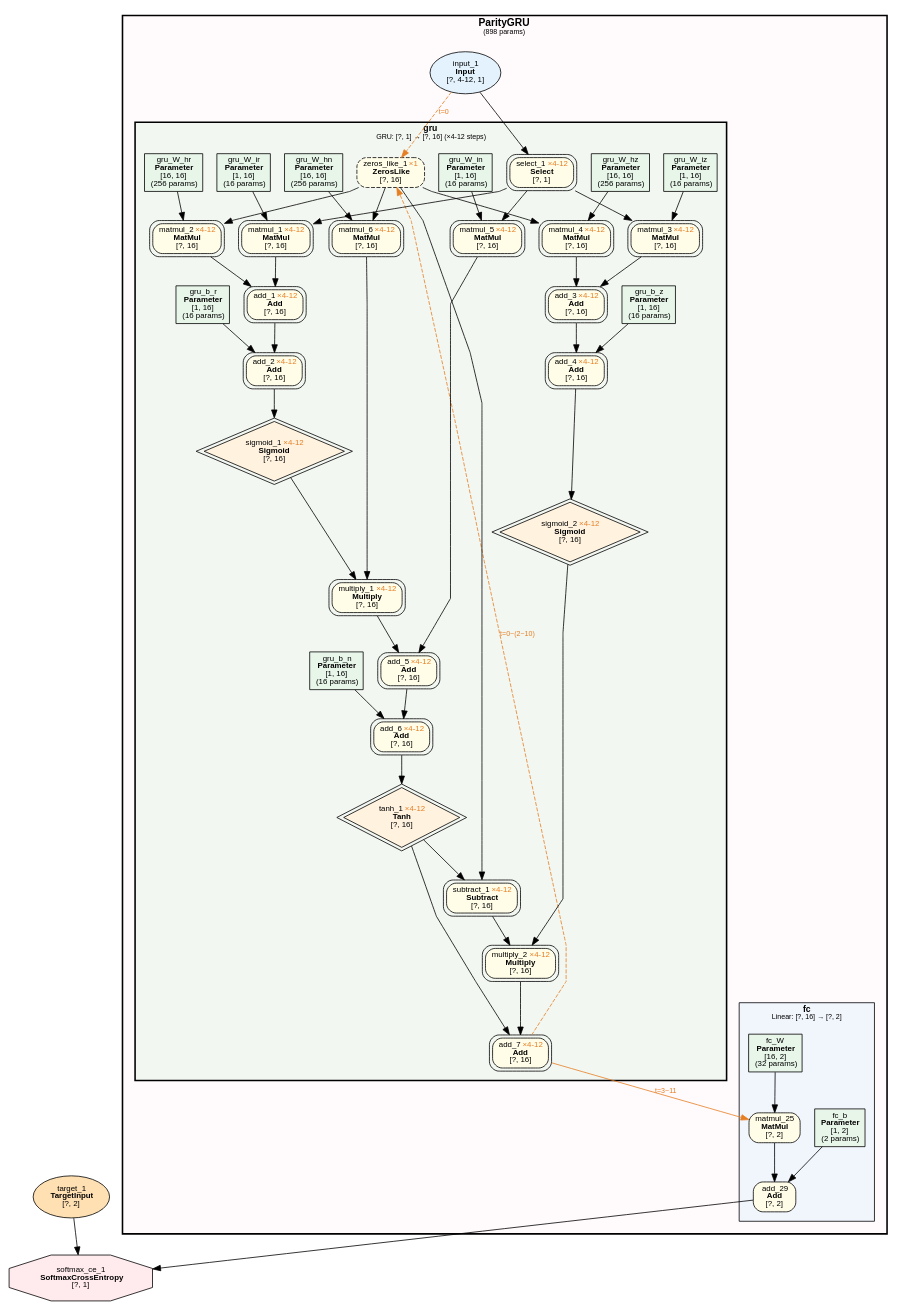
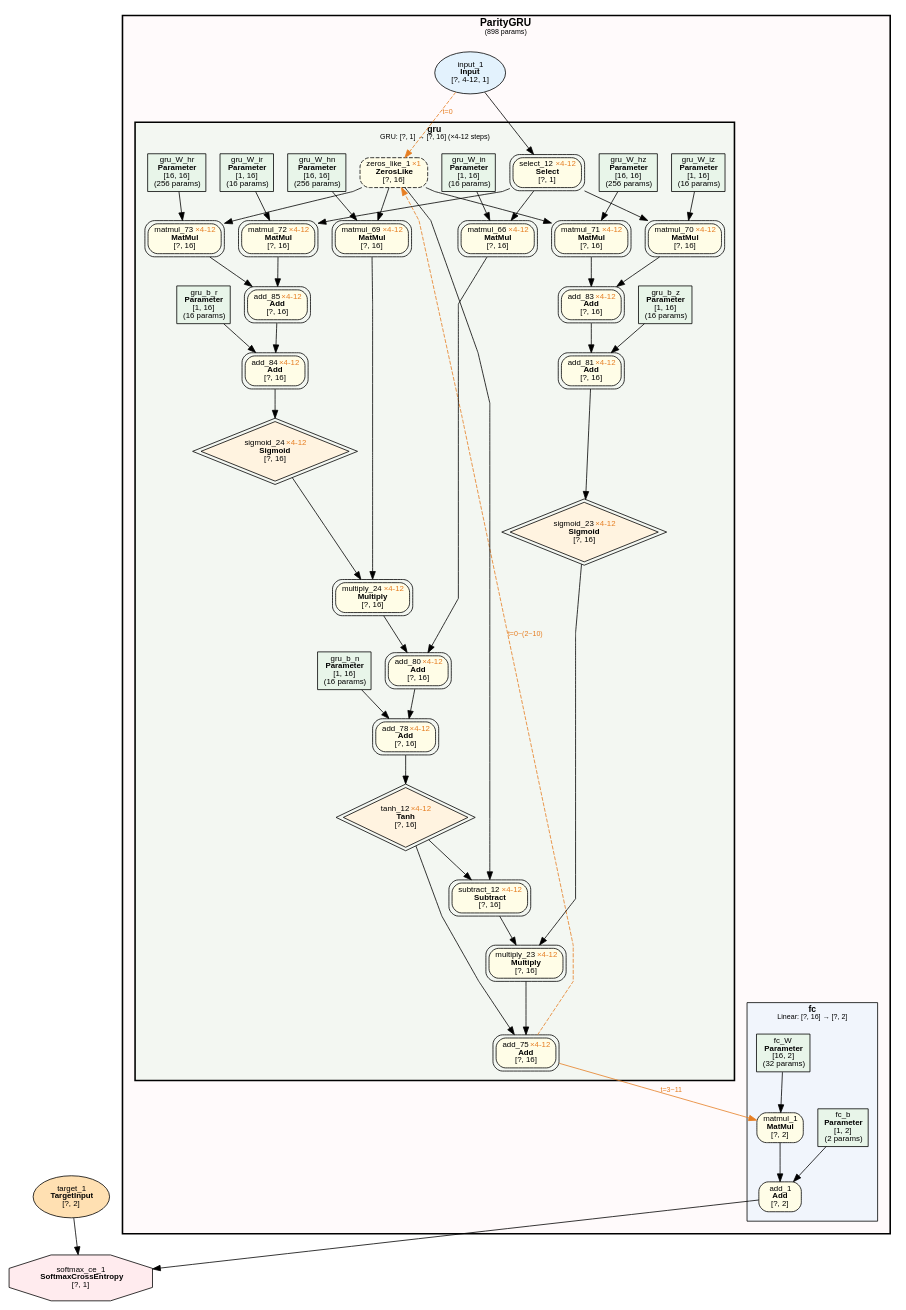
Before and after one commit to dbsxdbsx/only_torch: the diagram in examples/parity_gru_var_len/parity_gru_var_len.dot, drawn with Graphviz. The commit also changed 15 other files, not shown here.

```diff
--- a/examples/parity_gru_var_len/parity_gru_var_len.dot
+++ b/examples/parity_gru_var_len/parity_gru_var_len.dot
@@ -20,10 +20,10 @@
             fontname="Microsoft YaHei,SimHei,Arial";
             fontsize=11;
             margin=12;
-                "101543" [label=<add_29<BR/><B>Add</B><BR/>[?, 2]> shape=box style="filled,rounded" fillcolor="#FFFDE7" fontsize=10];
-                "101542" [label=<matmul_25<BR/><B>MatMul</B><BR/>[?, 2]> shape=box style="filled,rounded" fillcolor="#FFFDE7" fontsize=10];
-                "11" [label=<fc_b<BR/><B>Parameter</B><BR/>[1, 2]<BR/>(2 params)> shape=box style=filled fillcolor="#E8F5E9" fontsize=10];
-                "10" [label=<fc_W<BR/><B>Parameter</B><BR/>[16, 2]<BR/>(32 params)> shape=box style=filled fillcolor="#E8F5E9" fontsize=10];
+                "2" [label=<add_1<BR/><B>Add</B><BR/>[?, 2]> shape=box style="filled,rounded" fillcolor="#FFFDE7" fontsize=10];
+                "4" [label=<matmul_1<BR/><B>MatMul</B><BR/>[?, 2]> shape=box style="filled,rounded" fillcolor="#FFFDE7" fontsize=10];
+                "5" [label=<fc_b<BR/><B>Parameter</B><BR/>[1, 2]<BR/>(2 params)> shape=box style=filled fillcolor="#E8F5E9" fontsize=10];
+                "7" [label=<fc_W<BR/><B>Parameter</B><BR/>[16, 2]<BR/>(32 params)> shape=box style=filled fillcolor="#E8F5E9" fontsize=10];
         }
 
         subgraph cluster_ParityGRU_gru {
@@ -35,86 +35,86 @@
             fontname="Microsoft YaHei,SimHei,Arial";
             fontsize=11;
             margin=12;
-            "9" [label=<gru_b_n<BR/><B>Parameter</B><BR/>[1, 16]<BR/>(16 params)> shape=box style=filled fillcolor="#E8F5E9" fontsize=10];
-            "6" [label=<gru_b_z<BR/><B>Parameter</B><BR/>[1, 16]<BR/>(16 params)> shape=box style=filled fillcolor="#E8F5E9" fontsize=10];
-            "7" [label=<gru_W_in<BR/><B>Parameter</B><BR/>[1, 16]<BR/>(16 params)> shape=box style=filled fillcolor="#E8F5E9" fontsize=10];
-            "8" [label=<gru_W_hn<BR/><B>Parameter</B><BR/>[16, 16]<BR/>(256 params)> shape=box style=filled fillcolor="#E8F5E9" fontsize=10];
-            "4" [label=<gru_W_iz<BR/><B>Parameter</B><BR/>[1, 16]<BR/>(16 params)> shape=box style=filled fillcolor="#E8F5E9" fontsize=10];
-            "5" [label=<gru_W_hz<BR/><B>Parameter</B><BR/>[16, 16]<BR/>(256 params)> shape=box style=filled fillcolor="#E8F5E9" fontsize=10];
-            "3" [label=<gru_b_r<BR/><B>Parameter</B><BR/>[1, 16]<BR/>(16 params)> shape=box style=filled fillcolor="#E8F5E9" fontsize=10];
-            "1" [label=<gru_W_ir<BR/><B>Parameter</B><BR/>[1, 16]<BR/>(16 params)> shape=box style=filled fillcolor="#E8F5E9" fontsize=10];
-            "2" [label=<gru_W_hr<BR/><B>Parameter</B><BR/>[16, 16]<BR/>(256 params)> shape=box style=filled fillcolor="#E8F5E9" fontsize=10];
-            "101481" [label=<add_7 <FONT COLOR="#E67E22">×4-12</FONT><BR/><B>Add</B><BR/>[?, 16]> shape=box style="filled,rounded" fillcolor="#FFFDE7" fontsize=10 peripheries=2];
-            "101478" [label=<tanh_1 <FONT COLOR="#E67E22">×4-12</FONT><BR/><B>Tanh</B><BR/>[?, 16]> shape=diamond style=filled fillcolor="#FFF3E0" fontsize=10 peripheries=2];
-            "101480" [label=<multiply_2 <FONT COLOR="#E67E22">×4-12</FONT><BR/><B>Multiply</B><BR/>[?, 16]> shape=box style="filled,rounded" fillcolor="#FFFDE7" fontsize=10 peripheries=2];
-            "101477" [label=<add_6 <FONT COLOR="#E67E22">×4-12</FONT><BR/><B>Add</B><BR/>[?, 16]> shape=box style="filled,rounded" fillcolor="#FFFDE7" fontsize=10 peripheries=2];
-            "101472" [label=<sigmoid_2 <FONT COLOR="#E67E22">×4-12</FONT><BR/><B>Sigmoid</B><BR/>[?, 16]> shape=diamond style=filled fillcolor="#FFF3E0" fontsize=10 peripheries=2];
-            "101479" [label=<subtract_1 <FONT COLOR="#E67E22">×4-12</FONT><BR/><B>Subtract</B><BR/>[?, 16]> shape=box style="filled,rounded" fillcolor="#FFFDE7" fontsize=10 peripheries=2];
-            "101476" [label=<add_5 <FONT COLOR="#E67E22">×4-12</FONT><BR/><B>Add</B><BR/>[?, 16]> shape=box style="filled,rounded" fillcolor="#FFFDE7" fontsize=10 peripheries=2];
-            "101471" [label=<add_4 <FONT COLOR="#E67E22">×4-12</FONT><BR/><B>Add</B><BR/>[?, 16]> shape=box style="filled,rounded" fillcolor="#FFFDE7" fontsize=10 peripheries=2];
-            "101461" [label=<zeros_like_1 <FONT COLOR="#E67E22">×1</FONT><BR/><B>ZerosLike</B><BR/>[?, 16]> shape=box style="filled,rounded,dashed" fillcolor="#FFFDE7" fontsize=10];
-            "101473" [label=<matmul_5 <FONT COLOR="#E67E22">×4-12</FONT><BR/><B>MatMul</B><BR/>[?, 16]> shape=box style="filled,rounded" fillcolor="#FFFDE7" fontsize=10 peripheries=2];
-            "101475" [label=<multiply_1 <FONT COLOR="#E67E22">×4-12</FONT><BR/><B>Multiply</B><BR/>[?, 16]> shape=box style="filled,rounded" fillcolor="#FFFDE7" fontsize=10 peripheries=2];
-            "101470" [label=<add_3 <FONT COLOR="#E67E22">×4-12</FONT><BR/><B>Add</B><BR/>[?, 16]> shape=box style="filled,rounded" fillcolor="#FFFDE7" fontsize=10 peripheries=2];
-            "101462" [label=<select_1 <FONT COLOR="#E67E22">×4-12</FONT><BR/><B>Select</B><BR/>[?, 1]> shape=box style="filled,rounded" fillcolor="#FFFDE7" fontsize=10 peripheries=2];
-            "101467" [label=<sigmoid_1 <FONT COLOR="#E67E22">×4-12</FONT><BR/><B>Sigmoid</B><BR/>[?, 16]> shape=diamond style=filled fillcolor="#FFF3E0" fontsize=10 peripheries=2];
-            "101474" [label=<matmul_6 <FONT COLOR="#E67E22">×4-12</FONT><BR/><B>MatMul</B><BR/>[?, 16]> shape=box style="filled,rounded" fillcolor="#FFFDE7" fontsize=10 peripheries=2];
-            "101468" [label=<matmul_3 <FONT COLOR="#E67E22">×4-12</FONT><BR/><B>MatMul</B><BR/>[?, 16]> shape=box style="filled,rounded" fillcolor="#FFFDE7" fontsize=10 peripheries=2];
-            "101469" [label=<matmul_4 <FONT COLOR="#E67E22">×4-12</FONT><BR/><B>MatMul</B><BR/>[?, 16]> shape=box style="filled,rounded" fillcolor="#FFFDE7" fontsize=10 peripheries=2];
-            "101466" [label=<add_2 <FONT COLOR="#E67E22">×4-12</FONT><BR/><B>Add</B><BR/>[?, 16]> shape=box style="filled,rounded" fillcolor="#FFFDE7" fontsize=10 peripheries=2];
-            "101465" [label=<add_1 <FONT COLOR="#E67E22">×4-12</FONT><BR/><B>Add</B><BR/>[?, 16]> shape=box style="filled,rounded" fillcolor="#FFFDE7" fontsize=10 peripheries=2];
-            "101463" [label=<matmul_1 <FONT COLOR="#E67E22">×4-12</FONT><BR/><B>MatMul</B><BR/>[?, 16]> shape=box style="filled,rounded" fillcolor="#FFFDE7" fontsize=10 peripheries=2];
-            "101464" [label=<matmul_2 <FONT COLOR="#E67E22">×4-12</FONT><BR/><B>MatMul</B><BR/>[?, 16]> shape=box style="filled,rounded" fillcolor="#FFFDE7" fontsize=10 peripheries=2];
+            "14" [label=<gru_b_n<BR/><B>Parameter</B><BR/>[1, 16]<BR/>(16 params)> shape=box style=filled fillcolor="#E8F5E9" fontsize=10];
+            "20" [label=<gru_b_z<BR/><B>Parameter</B><BR/>[1, 16]<BR/>(16 params)> shape=box style=filled fillcolor="#E8F5E9" fontsize=10];
+            "24" [label=<gru_W_in<BR/><B>Parameter</B><BR/>[1, 16]<BR/>(16 params)> shape=box style=filled fillcolor="#E8F5E9" fontsize=10];
+            "34" [label=<gru_W_hn<BR/><B>Parameter</B><BR/>[16, 16]<BR/>(256 params)> shape=box style=filled fillcolor="#E8F5E9" fontsize=10];
+            "35" [label=<gru_W_iz<BR/><B>Parameter</B><BR/>[1, 16]<BR/>(16 params)> shape=box style=filled fillcolor="#E8F5E9" fontsize=10];
+            "36" [label=<gru_W_hz<BR/><B>Parameter</B><BR/>[16, 16]<BR/>(256 params)> shape=box style=filled fillcolor="#E8F5E9" fontsize=10];
+            "41" [label=<gru_b_r<BR/><B>Parameter</B><BR/>[1, 16]<BR/>(16 params)> shape=box style=filled fillcolor="#E8F5E9" fontsize=10];
+            "57" [label=<gru_W_ir<BR/><B>Parameter</B><BR/>[1, 16]<BR/>(16 params)> shape=box style=filled fillcolor="#E8F5E9" fontsize=10];
+            "58" [label=<gru_W_hr<BR/><B>Parameter</B><BR/>[16, 16]<BR/>(256 params)> shape=box style=filled fillcolor="#E8F5E9" fontsize=10];
+            "222" [label=<add_75 <FONT COLOR="#E67E22">×4-12</FONT><BR/><B>Add</B><BR/>[?, 16]> shape=box style="filled,rounded" fillcolor="#FFFDE7" fontsize=10 peripheries=2];
+            "227" [label=<tanh_12 <FONT COLOR="#E67E22">×4-12</FONT><BR/><B>Tanh</B><BR/>[?, 16]> shape=diamond style=filled fillcolor="#FFF3E0" fontsize=10 peripheries=2];
+            "228" [label=<multiply_23 <FONT COLOR="#E67E22">×4-12</FONT><BR/><B>Multiply</B><BR/>[?, 16]> shape=box style="filled,rounded" fillcolor="#FFFDE7" fontsize=10 peripheries=2];
+            "236" [label=<add_78 <FONT COLOR="#E67E22">×4-12</FONT><BR/><B>Add</B><BR/>[?, 16]> shape=box style="filled,rounded" fillcolor="#FFFDE7" fontsize=10 peripheries=2];
+            "237" [label=<sigmoid_23 <FONT COLOR="#E67E22">×4-12</FONT><BR/><B>Sigmoid</B><BR/>[?, 16]> shape=diamond style=filled fillcolor="#FFF3E0" fontsize=10 peripheries=2];
+            "238" [label=<subtract_12 <FONT COLOR="#E67E22">×4-12</FONT><BR/><B>Subtract</B><BR/>[?, 16]> shape=box style="filled,rounded" fillcolor="#FFFDE7" fontsize=10 peripheries=2];
+            "240" [label=<add_80 <FONT COLOR="#E67E22">×4-12</FONT><BR/><B>Add</B><BR/>[?, 16]> shape=box style="filled,rounded" fillcolor="#FFFDE7" fontsize=10 peripheries=2];
+            "241" [label=<add_81 <FONT COLOR="#E67E22">×4-12</FONT><BR/><B>Add</B><BR/>[?, 16]> shape=box style="filled,rounded" fillcolor="#FFFDE7" fontsize=10 peripheries=2];
+            "242" [label=<zeros_like_1 <FONT COLOR="#E67E22">×1</FONT><BR/><B>ZerosLike</B><BR/>[?, 16]> shape=box style="filled,rounded,dashed" fillcolor="#FFFDE7" fontsize=10];
+            "244" [label=<matmul_66 <FONT COLOR="#E67E22">×4-12</FONT><BR/><B>MatMul</B><BR/>[?, 16]> shape=box style="filled,rounded" fillcolor="#FFFDE7" fontsize=10 peripheries=2];
+            "245" [label=<multiply_24 <FONT COLOR="#E67E22">×4-12</FONT><BR/><B>Multiply</B><BR/>[?, 16]> shape=box style="filled,rounded" fillcolor="#FFFDE7" fontsize=10 peripheries=2];
+            "246" [label=<add_83 <FONT COLOR="#E67E22">×4-12</FONT><BR/><B>Add</B><BR/>[?, 16]> shape=box style="filled,rounded" fillcolor="#FFFDE7" fontsize=10 peripheries=2];
+            "249" [label=<select_12 <FONT COLOR="#E67E22">×4-12</FONT><BR/><B>Select</B><BR/>[?, 1]> shape=box style="filled,rounded" fillcolor="#FFFDE7" fontsize=10 peripheries=2];
+            "250" [label=<sigmoid_24 <FONT COLOR="#E67E22">×4-12</FONT><BR/><B>Sigmoid</B><BR/>[?, 16]> shape=diamond style=filled fillcolor="#FFF3E0" fontsize=10 peripheries=2];
+            "251" [label=<matmul_69 <FONT COLOR="#E67E22">×4-12</FONT><BR/><B>MatMul</B><BR/>[?, 16]> shape=box style="filled,rounded" fillcolor="#FFFDE7" fontsize=10 peripheries=2];
+            "252" [label=<matmul_70 <FONT COLOR="#E67E22">×4-12</FONT><BR/><B>MatMul</B><BR/>[?, 16]> shape=box style="filled,rounded" fillcolor="#FFFDE7" fontsize=10 peripheries=2];
+            "253" [label=<matmul_71 <FONT COLOR="#E67E22">×4-12</FONT><BR/><B>MatMul</B><BR/>[?, 16]> shape=box style="filled,rounded" fillcolor="#FFFDE7" fontsize=10 peripheries=2];
+            "254" [label=<add_84 <FONT COLOR="#E67E22">×4-12</FONT><BR/><B>Add</B><BR/>[?, 16]> shape=box style="filled,rounded" fillcolor="#FFFDE7" fontsize=10 peripheries=2];
+            "255" [label=<add_85 <FONT COLOR="#E67E22">×4-12</FONT><BR/><B>Add</B><BR/>[?, 16]> shape=box style="filled,rounded" fillcolor="#FFFDE7" fontsize=10 peripheries=2];
+            "256" [label=<matmul_72 <FONT COLOR="#E67E22">×4-12</FONT><BR/><B>MatMul</B><BR/>[?, 16]> shape=box style="filled,rounded" fillcolor="#FFFDE7" fontsize=10 peripheries=2];
+            "257" [label=<matmul_73 <FONT COLOR="#E67E22">×4-12</FONT><BR/><B>MatMul</B><BR/>[?, 16]> shape=box style="filled,rounded" fillcolor="#FFFDE7" fontsize=10 peripheries=2];
         }
 
-        "101460" [label=<input_1<BR/><B>Input</B><BR/>[?, 4-12, 1]> shape=ellipse style=filled fillcolor="#E3F2FD" fontsize=10];
+        "32" [label=<input_1<BR/><B>Input</B><BR/>[?, 4-12, 1]> shape=ellipse style=filled fillcolor="#E3F2FD" fontsize=10];
     }
 
-    "101545" [label=<softmax_ce_1<BR/><B>SoftmaxCrossEntropy</B><BR/>[?, 1]> shape=octagon style=filled fillcolor="#FFEBEE" fontsize=10];
-    "101544" [label=<target_1<BR/><B>TargetInput</B><BR/>[?, 2]> shape=ellipse style=filled fillcolor="#FFE0B2" fontsize=10];
+    "1" [label=<softmax_ce_1<BR/><B>SoftmaxCrossEntropy</B><BR/>[?, 1]> shape=octagon style=filled fillcolor="#FFEBEE" fontsize=10];
+    "3" [label=<target_1<BR/><B>TargetInput</B><BR/>[?, 2]> shape=ellipse style=filled fillcolor="#FFE0B2" fontsize=10];
 
-    "101543" -> "101545";
-    "101544" -> "101545";
-    "101542" -> "101543";
-    "11" -> "101543";
-    "101481" -> "101542" [color="#E67E22" label=<t=3~11> fontcolor="#E67E22" fontsize=9];
-    "10" -> "101542";
-    "101478" -> "101481";
-    "101480" -> "101481";
-    "101477" -> "101478";
-    "101472" -> "101480";
-    "101479" -> "101480";
-    "101476" -> "101477";
-    "9" -> "101477";
-    "101471" -> "101472";
-    "101461" -> "101479";
-    "101478" -> "101479";
-    "101473" -> "101476";
-    "101475" -> "101476";
-    "101470" -> "101471";
-    "6" -> "101471";
-    "101460" -> "101461" [style=dashed color="#E67E22" label=<t=0> fontcolor="#E67E22" fontsize=9];
-    "101462" -> "101473";
-    "7" -> "101473";
-    "101467" -> "101475";
-    "101474" -> "101475";
-    "101468" -> "101470";
-    "101469" -> "101470";
-    "101460" -> "101462";
-    "101466" -> "101467";
-    "101461" -> "101474";
-    "8" -> "101474";
-    "101462" -> "101468";
-    "4" -> "101468";
-    "101461" -> "101469";
-    "5" -> "101469";
-    "101465" -> "101466";
-    "3" -> "101466";
-    "101463" -> "101465";
-    "101464" -> "101465";
-    "101462" -> "101463";
-    "1" -> "101463";
-    "101461" -> "101464";
-    "2" -> "101464";
-    "101481" -> "101461" [style=dashed color="#E67E22" label=<t=0~(2~10)> fontcolor="#E67E22" fontsize=9 constraint=false];
+    "2" -> "1";
+    "3" -> "1";
+    "4" -> "2";
+    "5" -> "2";
+    "222" -> "4" [color="#E67E22" label=<t=3~11> fontcolor="#E67E22" fontsize=9];
+    "7" -> "4";
+    "227" -> "222";
+    "228" -> "222";
+    "236" -> "227";
+    "237" -> "228";
+    "238" -> "228";
+    "240" -> "236";
+    "14" -> "236";
+    "241" -> "237";
+    "242" -> "238";
+    "227" -> "238";
+    "244" -> "240";
+    "245" -> "240";
+    "246" -> "241";
+    "20" -> "241";
+    "32" -> "242" [style=dashed color="#E67E22" label=<t=0> fontcolor="#E67E22" fontsize=9];
+    "249" -> "244";
+    "24" -> "244";
+    "250" -> "245";
+    "251" -> "245";
+    "252" -> "246";
+    "253" -> "246";
+    "32" -> "249";
+    "254" -> "250";
+    "242" -> "251";
+    "34" -> "251";
+    "249" -> "252";
+    "35" -> "252";
+    "242" -> "253";
+    "36" -> "253";
+    "255" -> "254";
+    "41" -> "254";
+    "256" -> "255";
+    "257" -> "255";
+    "249" -> "256";
+    "57" -> "256";
+    "242" -> "257";
+    "58" -> "257";
+    "222" -> "242" [style=dashed color="#E67E22" label=<t=0~(2~10)> fontcolor="#E67E22" fontsize=9 constraint=false];
 }
```
